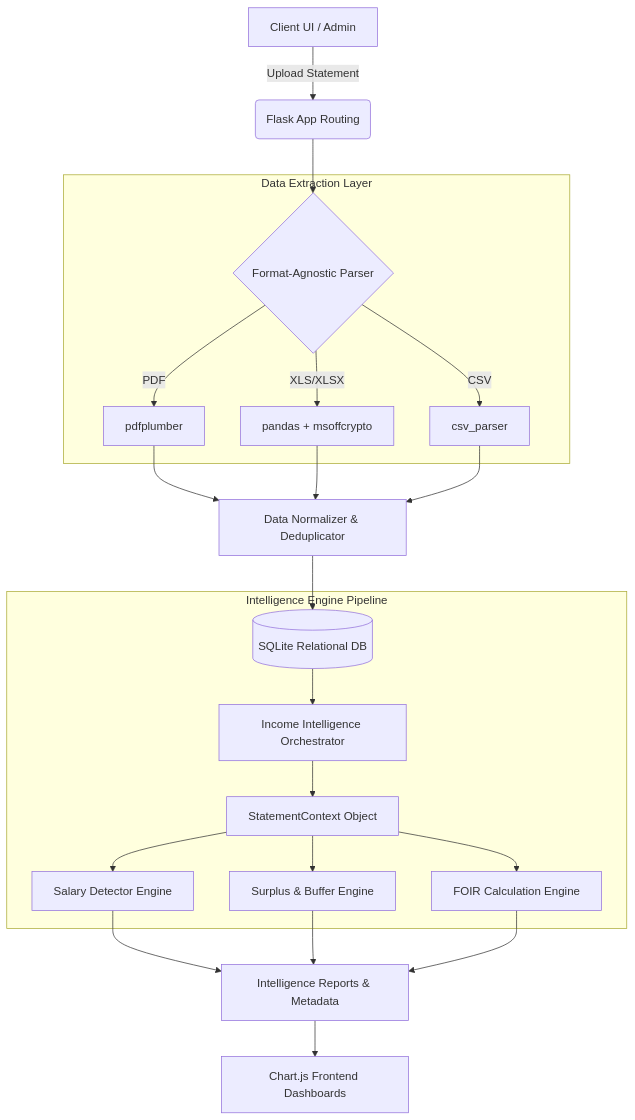
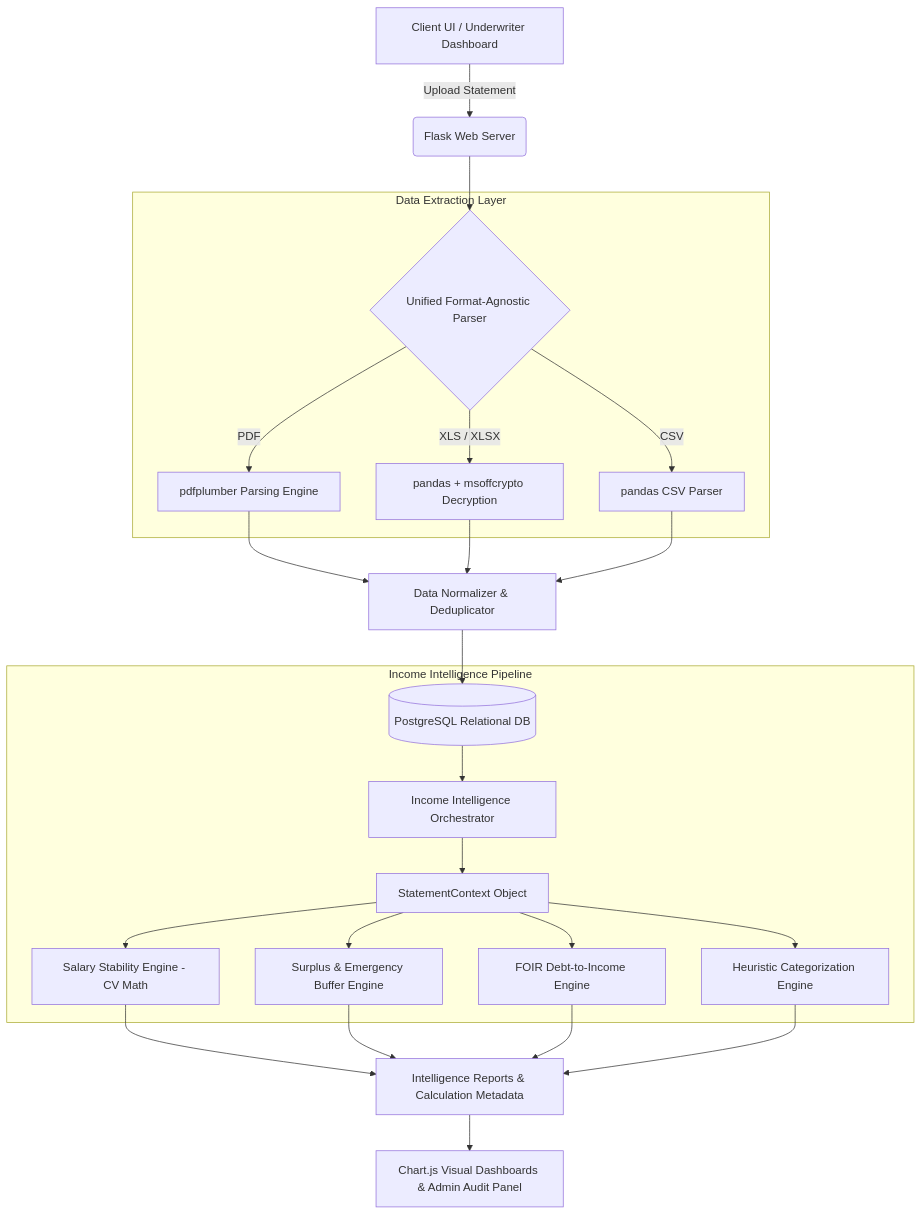
Before and after one commit to ManasPurnendu/Bank-Statement-Analyzer: the diagram in README.md, drawn with Mermaid. The commit also changed other lines of this file, not shown here.

Commit message:
docs: update README to align with official SBI Internship Report structure and V3 roadmap

````diff
--- a/README.md
+++ b/README.md
@@ -36,33 +69,34 @@
 ```mermaid
 graph TD
-    %% Core Architecture Diagram
-    A[Client UI / Admin] -->|Upload Statement| B(Flask App Routing)
-    B --> C{Format-Agnostic Parser}
+    A[Client UI / Underwriter Dashboard] -->|Upload Statement| B(Flask Web Server)
+    B --> C{Unified Format-Agnostic Parser}
     
     subgraph Data Extraction Layer
-        C -->|PDF| D[pdfplumber]
-        C -->|XLS/XLSX| E[pandas + msoffcrypto]
-        C -->|CSV| F[csv_parser]
+        C -->|PDF| D[pdfplumber Parsing Engine]
+        C -->|XLS / XLSX| E[pandas + msoffcrypto Decryption]
+        C -->|CSV| F[pandas CSV Parser]
     end
     
     D --> G[Data Normalizer & Deduplicator]
     E --> G
     F --> G
     
-    G --> H[(SQLite Relational DB)]
+    G --> H[(PostgreSQL Relational DB)]
     
-    subgraph Intelligence Engine Pipeline
+    subgraph Income Intelligence Pipeline
         H --> I[Income Intelligence Orchestrator]
         I --> J[StatementContext Object]
         
-        J --> K[Salary Detector Engine]
-        J --> L[Surplus & Buffer Engine]
-        J --> M[FOIR Calculation Engine]
+        J --> K[Salary Stability Engine - CV Math]
+        J --> L[Surplus & Emergency Buffer Engine]
+        J --> M[FOIR Debt-to-Income Engine]
+        J --> N[Heuristic Categorization Engine]
     end
     
-    K --> N[Intelligence Reports & Metadata]
-    L --> N
-    M --> N
+    K --> O[Intelligence Reports & Calculation Metadata]
+    L --> O
+    M --> O
+    N --> O
     
-    N --> O[Chart.js Frontend Dashboards]
+    O --> P[Chart.js Visual Dashboards & Admin Audit Panel]
 ```
````
